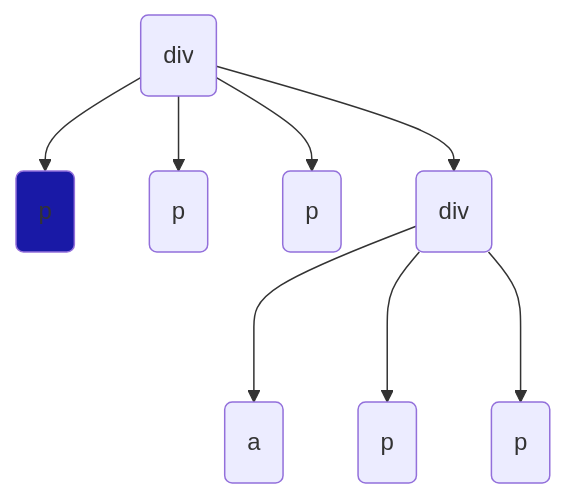
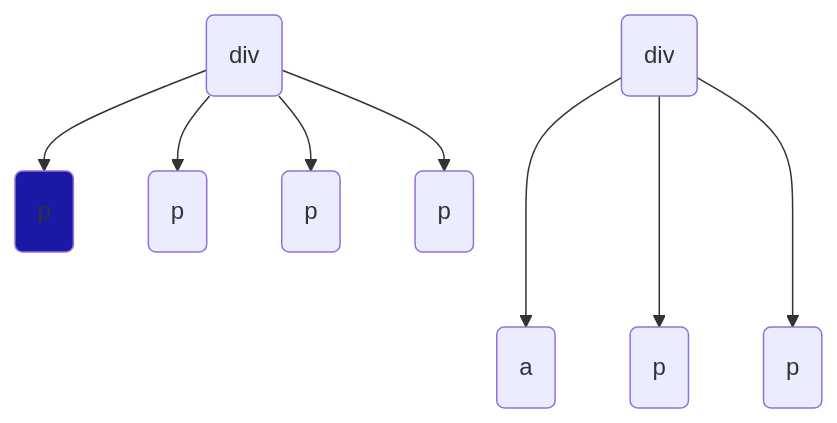
Before and after one commit to linkeshvaranr/CSS-selectors-Explained: diagram 11 of 12 in README.md, drawn with Mermaid.

Commit message:
manythings added

````diff
--- a/README.md
+++ b/README.md
@@ -239,12 +239,12 @@
 ```mermaid
     graph TD
     A(div)-->B(p):::select
     A(div)-->C(p)
     A(div)-->D(p)
-    A(div)-->E(p)
+    A(div)-->J(p)
 
     E(div)--->F(a)
     E(div)--->G(p)
     E(div)--->I(p)
     classDef select fill:#1919a6;
 ```
````
